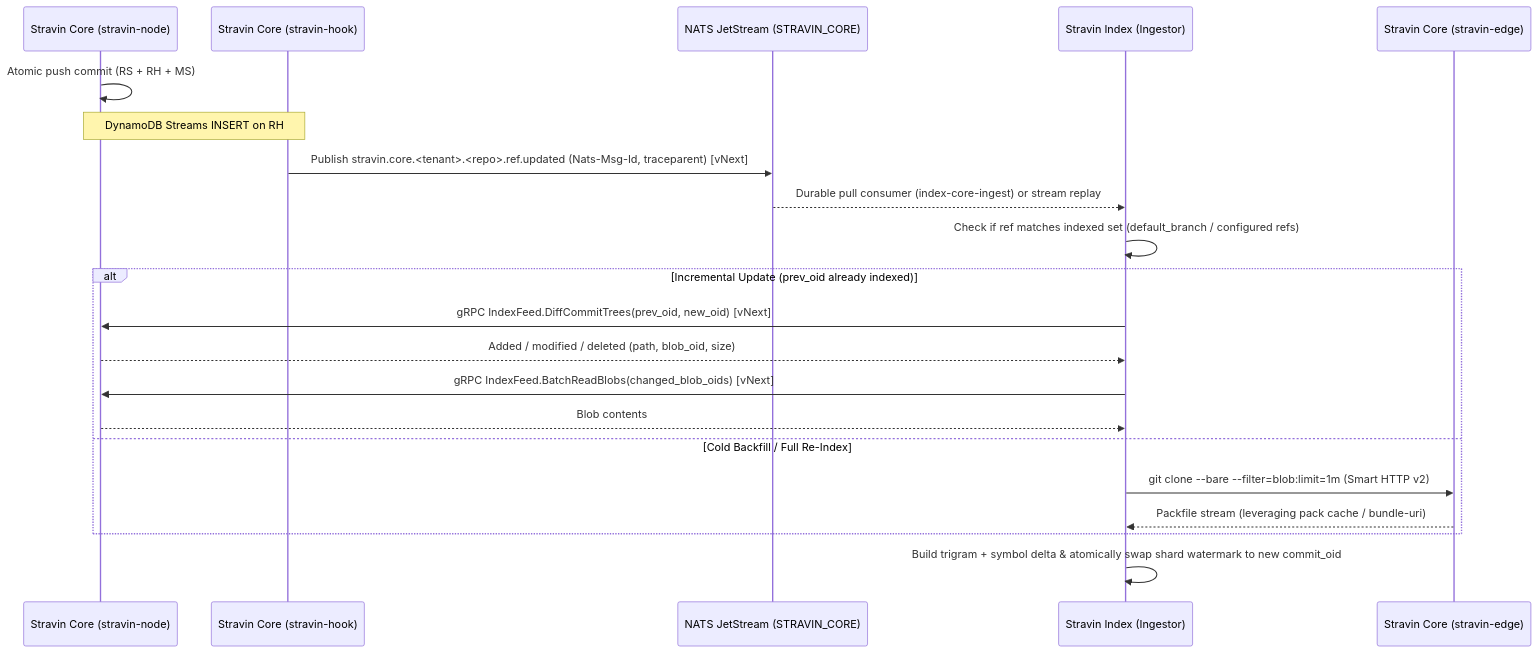
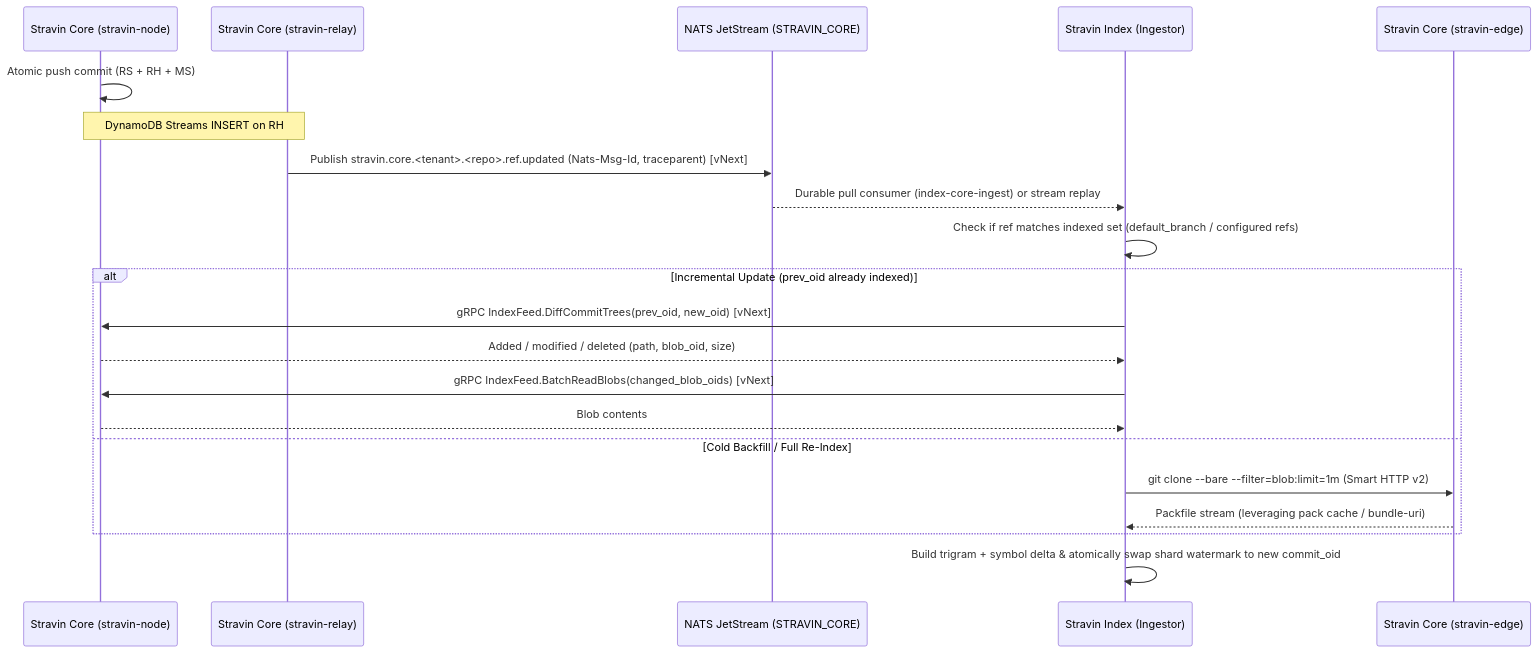
One commit to stravin-dev/architecture changed the diagram in docs/interfaces/core-index.md. Above: the diagram before and after it, drawn with Mermaid. The commit also changed other lines of this file and 9 other files, not shown here.

Commit message:
docs: rename vNext outbox relay daemon from stravin-hook to stravin-relay

````diff
--- a/docs/interfaces/core-index.md
+++ b/docs/interfaces/core-index.md
@@ -16,24 +16,24 @@
 ```mermaid
 sequenceDiagram
     participant Node as Stravin Core (stravin-node)
-    participant Hook as Stravin Core (stravin-hook)
+    participant Relay as Stravin Core (stravin-relay)
     participant NATS as NATS JetStream (STRAVIN_CORE)
     participant Index as Stravin Index (Ingestor)
     participant Edge as Stravin Core (stravin-edge)
 
     Node->>Node: Atomic push commit (RS + RH + MS)
-    Note over Node,Hook: DynamoDB Streams INSERT on RH#s
-    Hook->>NATS: Publish stravin.core.<tenant>.<repo>.ref.updated (Nats-Msg-Id, traceparent) [vNext]
+    Note over Node,Relay: DynamoDB Streams INSERT on RH#s
+    Relay->>NATS: Publish stravin.core.<tenant>.<repo>.ref.updated (Nats-Msg-Id, traceparent) [vNext]
     NATS-->>Index: Durable pull consumer (index-core-ingest) or stream replay
     Index->>Index: Check if ref matches indexed set (default_branch / configured refs)
     alt Incremental Update (prev_oid already indexed)
         Index->>Node: gRPC IndexFeed.DiffCommitTrees(prev_oid, new_oid) [vNext]
         Node-->>Index: Added / modified / deleted (path, blob_oid, size)
         Index->>Node: gRPC IndexFeed.BatchReadBlobs(changed_blob_oids) [vNext]
         Node-->>Index: Blob contents
     else Cold Backfill / Full Re-Index
         Index->>Edge: git clone --bare --filter=blob:limit=1m (Smart HTTP v2)
         Edge-->>Index: Packfile stream (leveraging pack cache / bundle-uri)
     end
     Index->>Index: Build trigram + symbol delta & atomically swap shard watermark to new commit_oid
 ```
````
